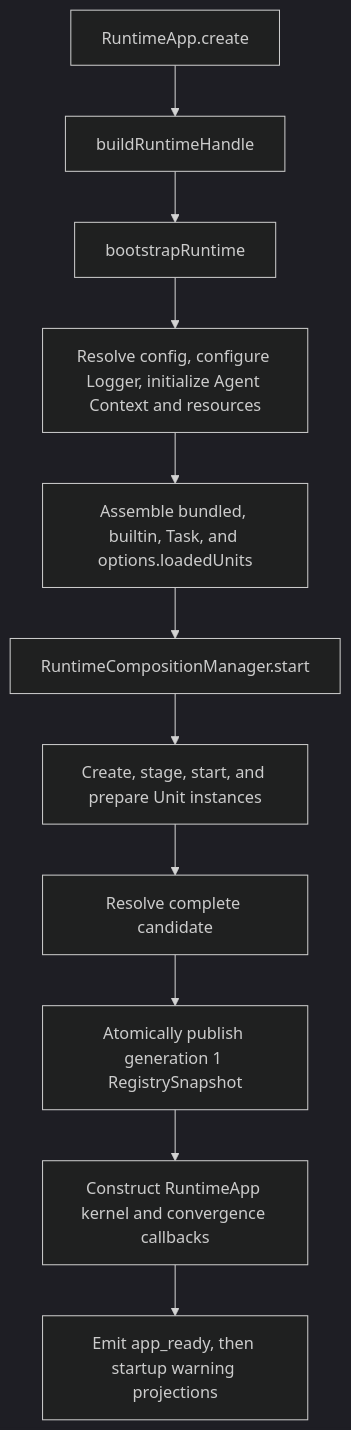
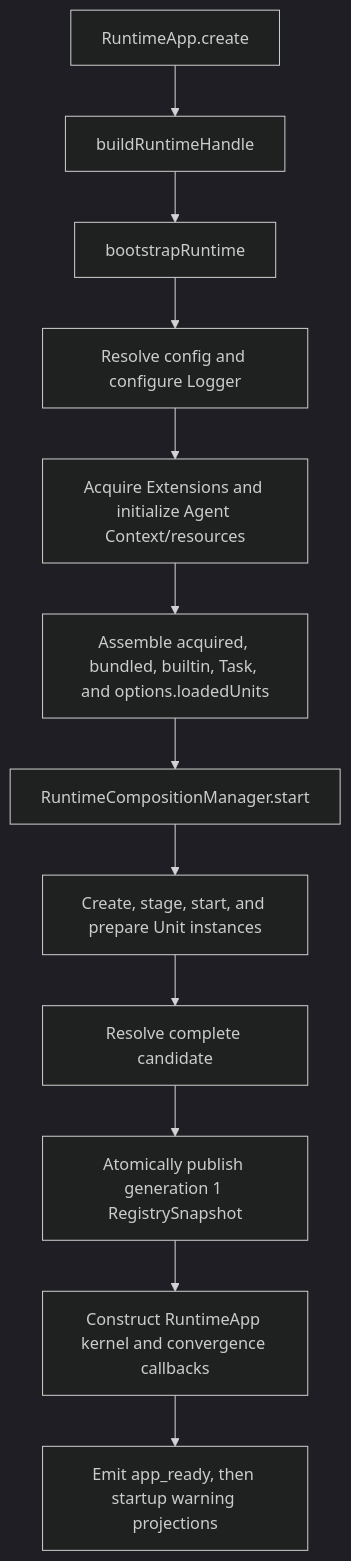
Before and after one commit to luciferwww/my-agent: the first of 2 diagrams in docs/architecture/runtime.md, drawn with Mermaid (dark theme). The commit also changed other lines of this file and 136 other files, not shown here.

````diff
--- a/docs/architecture/runtime.md
+++ b/docs/architecture/runtime.md
@@ -124,13 +129,14 @@
 ```mermaid
 flowchart TD
   A[RuntimeApp.create] --> B[buildRuntimeHandle]
   B --> C[bootstrapRuntime]
-  C --> D[Resolve config, configure Logger, initialize Agent Context and resources]
-  D --> E[Assemble bundled, builtin, Task, and options.loadedUnits]
-  E --> F[RuntimeCompositionManager.start]
-  F --> G[Create, stage, start, and prepare Unit instances]
-  G --> H[Resolve complete candidate]
-  H --> I[Atomically publish generation 1 RegistrySnapshot]
-  I --> J[Construct RuntimeApp kernel and convergence callbacks]
-  J --> K[Emit app_ready, then startup warning projections]
+  C --> D[Resolve config and configure Logger]
+  D --> E[Acquire Extensions and initialize Agent Context/resources]
+  E --> F[Assemble acquired, bundled, builtin, Task, and options.loadedUnits]
+  F --> G[RuntimeCompositionManager.start]
+  G --> H[Create, stage, start, and prepare Unit instances]
+  H --> I[Resolve complete candidate]
+  I --> J[Atomically publish generation 1 RegistrySnapshot]
+  J --> K[Construct RuntimeApp kernel and convergence callbacks]
+  K --> L[Emit app_ready, then startup warning projections]
 ```
````
